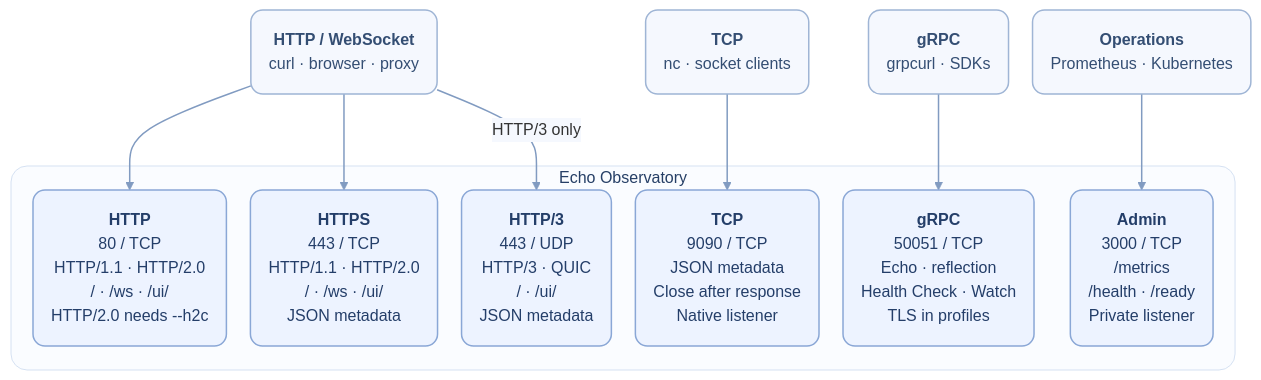
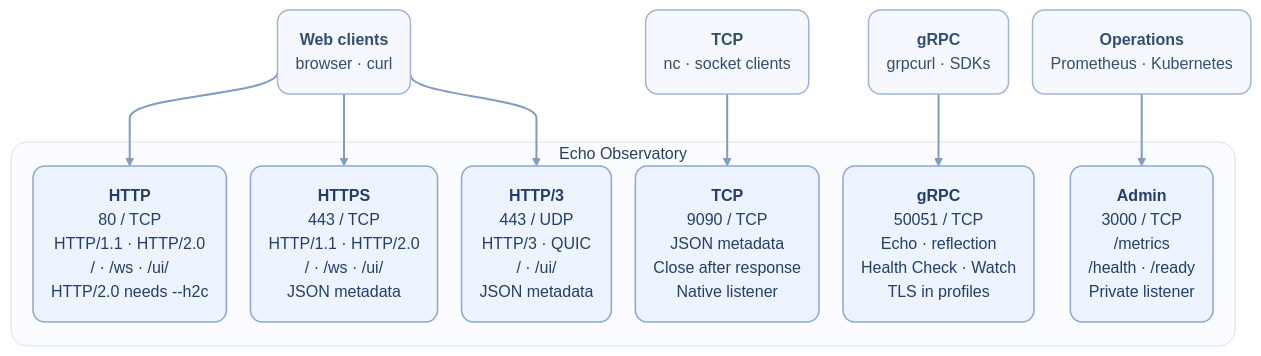
The diagram in README.md (PhilipSchmid/echo-app), drawn with Mermaid before and after one commit. The commit also changed other lines of this file and 9 other files, not shown here.

````diff
--- a/README.md
+++ b/README.md
@@ -14,34 +14,34 @@
 ```mermaid
-%%{init: {"themeVariables": {"fontFamily": "Arial", "edgeLabelBackground": "#f5f8fe"}, "flowchart": {"nodeSpacing": 24, "rankSpacing": 48, "padding": 18}}}%%
+%%{init: {"themeVariables": {"fontFamily": "Arial", "edgeLabelBackground": "#f5f8fe"}, "flowchart": {"nodeSpacing": 24, "rankSpacing": 48, "padding": 18, "curve": "bumpY"}}}%%
 flowchart TB
     accTitle: Echo Observatory connection map
     accDescr: HTTP/1.1 and HTTP/2.0 clients use exposed HTTP port 80 or HTTPS port 443. Plain HTTP/2.0 requires --h2c. WebSocket uses HTTP/1.1 on either port, and the browser UI is available at /ui/. HTTP/3 uses UDP 443, TCP clients use 9090, gRPC clients use 50051, and Prometheus and Kubernetes probes use the admin listener on 3000.
 
-    web("<b>HTTP / WebSocket</b><br/>curl · browser · proxy")
+    web("<b>Web clients</b><br/>browser · curl")
     socket("<b>TCP</b><br/>nc · socket clients")
     rpc("<b>gRPC</b><br/>grpcurl · SDKs")
     ops("<b>Operations</b><br/>Prometheus · Kubernetes")
 
     subgraph app["Echo Observatory"]
         http("<b>HTTP</b><br/>80 / TCP<br/>HTTP/1.1 · HTTP/2.0<br/>/ · /ws · /ui/<br/>HTTP/2.0 needs --h2c")
         https("<b>HTTPS</b><br/>443 / TCP<br/>HTTP/1.1 · HTTP/2.0<br/>/ · /ws · /ui/<br/>JSON metadata")
         quic("<b>HTTP/3</b><br/>443 / UDP<br/>HTTP/3 · QUIC<br/>/ · /ui/<br/>JSON metadata")
         tcp("<b>TCP</b><br/>9090 / TCP<br/>JSON metadata<br/>Close after response<br/>Native listener")
         grpc("<b>gRPC</b><br/>50051 / TCP<br/>Echo · reflection<br/>Health Check · Watch<br/>TLS in profiles")
         admin("<b>Admin</b><br/>3000 / TCP<br/>/metrics<br/>/health · /ready<br/>Private listener")
     end
 
     web --> http
     web --> https
-    web -->|"HTTP/3 only"| quic
+    web --> quic
     socket --> tcp
     rpc --> grpc
     ops --> admin
 
     classDef client fill:#f5f8fe,stroke:#9fb5d5,color:#344e73,stroke-width:1.5px,rx:12px,ry:12px;
     classDef listener fill:#edf3ff,stroke:#8aa7d6,color:#243e69,stroke-width:1.5px,rx:12px,ry:12px;
     class web,socket,rpc,ops client;
     class http,https,quic,tcp,grpc,admin listener;
     style app fill:#fafcff,stroke:#d5e1f2,color:#263f66,stroke-width:1px,rx:16px,ry:16px;
-    linkStyle default stroke:#819bc1,stroke-width:1.5px;
+    linkStyle default stroke:#819bc1,stroke-width:2px;
 ```
````
